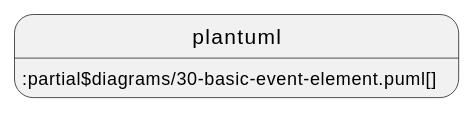
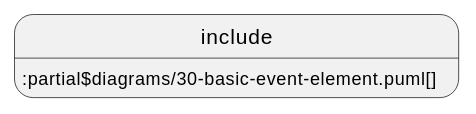
One commit to acplt/aas-specs changed the third of 18 diagrams in documentation/IDTA-01001/modules/ROOT/pages/spec-metamodel/submodel-elements.adoc. Above: the diagram before and after it, drawn with PlantUML. The commit also changed other lines of this file and 14 other files, not shown here.

First line of the commit message:
Revert "Use plantuml instead of include and test ./"

```diff
--- a/documentation/IDTA-01001/modules/ROOT/pages/spec-metamodel/submodel-elements.adoc
+++ b/documentation/IDTA-01001/modules/ROOT/pages/spec-metamodel/submodel-elements.adoc
@@ -66,4 +66,4 @@
 [plantuml, 30-basic-event-element, svg]
 ....
-plantuml::partial$diagrams/30-basic-event-element.puml[]
+include::partial$diagrams/30-basic-event-element.puml[]
 ....
```
